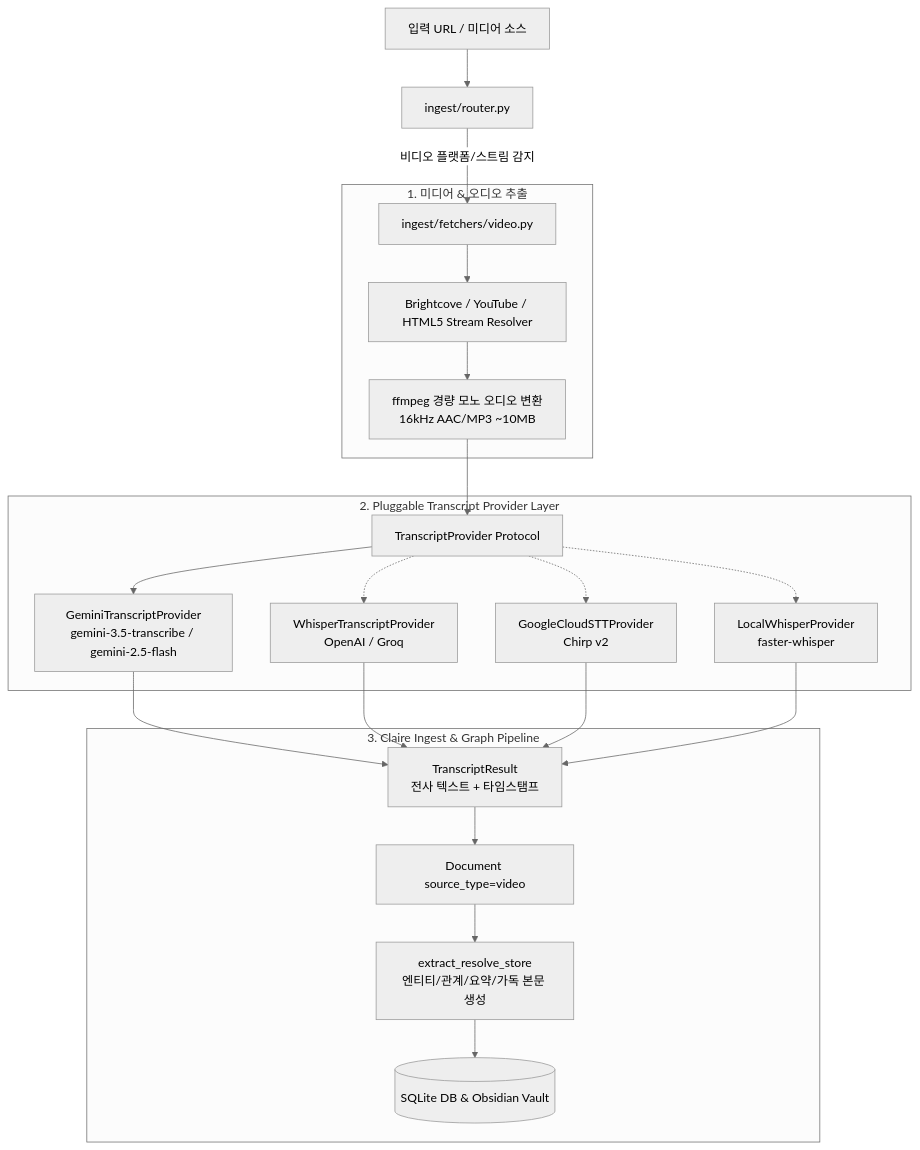
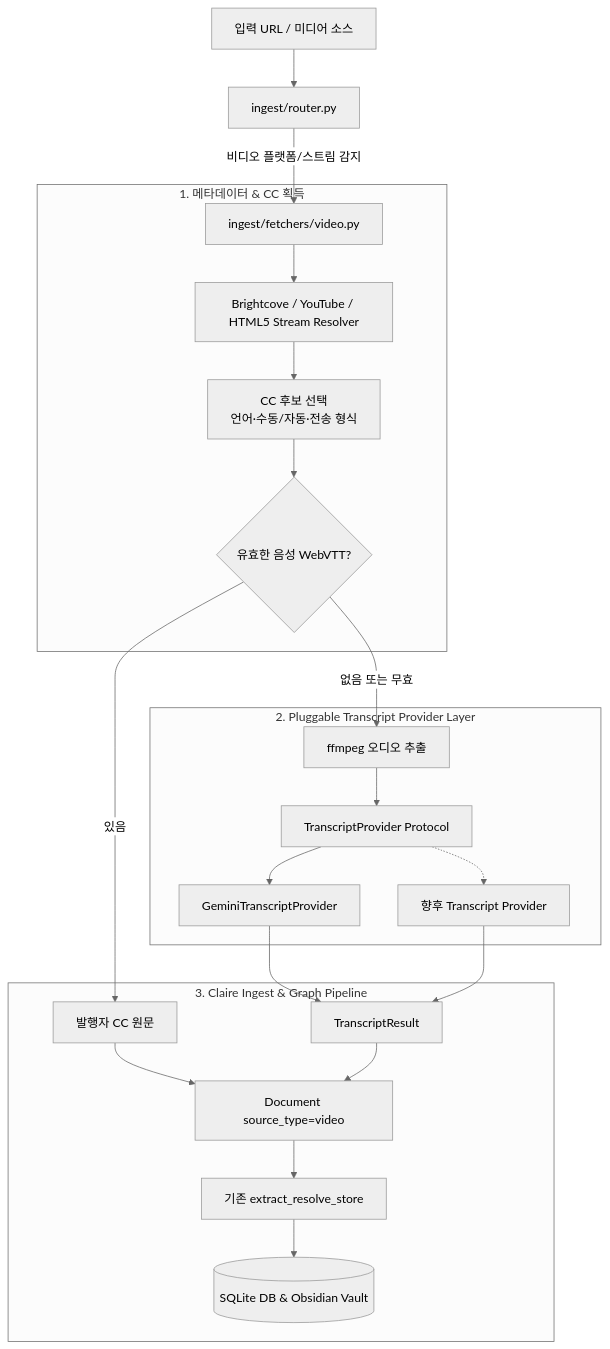
Before and after one commit to fofwisdom/claire-bible: the diagram in docs/origin/design/VIDEO_AUDIO_TRANSCRIPTION_AND_INGESTION_DESIGN.md, drawn with Mermaid (neutral theme). The commit also changed other lines of this file and 8 other files, not shown here.

````diff
--- a/docs/origin/design/VIDEO_AUDIO_TRANSCRIPTION_AND_INGESTION_DESIGN.md
+++ b/docs/origin/design/VIDEO_AUDIO_TRANSCRIPTION_AND_INGESTION_DESIGN.md
@@ -41,25 +54,26 @@
 ```mermaid
 flowchart TD
     A[입력 URL / 미디어 소스] --> B[ingest/router.py]
     B -->|비디오 플랫폼/스트림 감지| C[ingest/fetchers/video.py]
     
-    subgraph S1 [1. 미디어 & 오디오 추출]
+    subgraph S1 [1. 메타데이터 & CC 획득]
         C --> D[Brightcove / YouTube / HTML5 Stream Resolver]
-        D --> E[ffmpeg 경량 모노 오디오 변환<br>16kHz AAC/MP3 ~10MB]
+        D --> E[CC 후보 선택<br>언어·수동/자동·전송 형식]
+        E --> F{유효한 음성 WebVTT?}
     end
-    
+
     subgraph S2 [2. Pluggable Transcript Provider Layer]
-        E --> F[TranscriptProvider Protocol]
-        F --> G[GeminiTranscriptProvider<br>gemini-3.5-transcribe / gemini-2.5-flash]
-        F -.-> H[WhisperTranscriptProvider<br>OpenAI / Groq]
-        F -.-> I[GoogleCloudSTTProvider<br>Chirp v2]
-        F -.-> J[LocalWhisperProvider<br>faster-whisper]
+        F -->|없음 또는 무효| G[ffmpeg 오디오 추출]
+        G --> H[TranscriptProvider Protocol]
+        H --> I[GeminiTranscriptProvider]
+        H -.-> J[향후 Transcript Provider]
     end
-    
+
     subgraph S3 [3. Claire Ingest & Graph Pipeline]
-        G & H & I & J --> K[TranscriptResult<br>전사 텍스트 + 타임스탬프]
-        K --> L[Document source_type=video]
-        L --> M[extract_resolve_store<br>엔티티/관계/요약/가독 본문 생성]
-        M --> N[(SQLite DB & Obsidian Vault)]
+        F -->|있음| K[발행자 CC 원문]
+        I & J --> L[TranscriptResult]
+        K & L --> M[Document source_type=video]
+        M --> N[기존 extract_resolve_store]
+        N --> O[(SQLite DB & Obsidian Vault)]
     end
 ```
````
